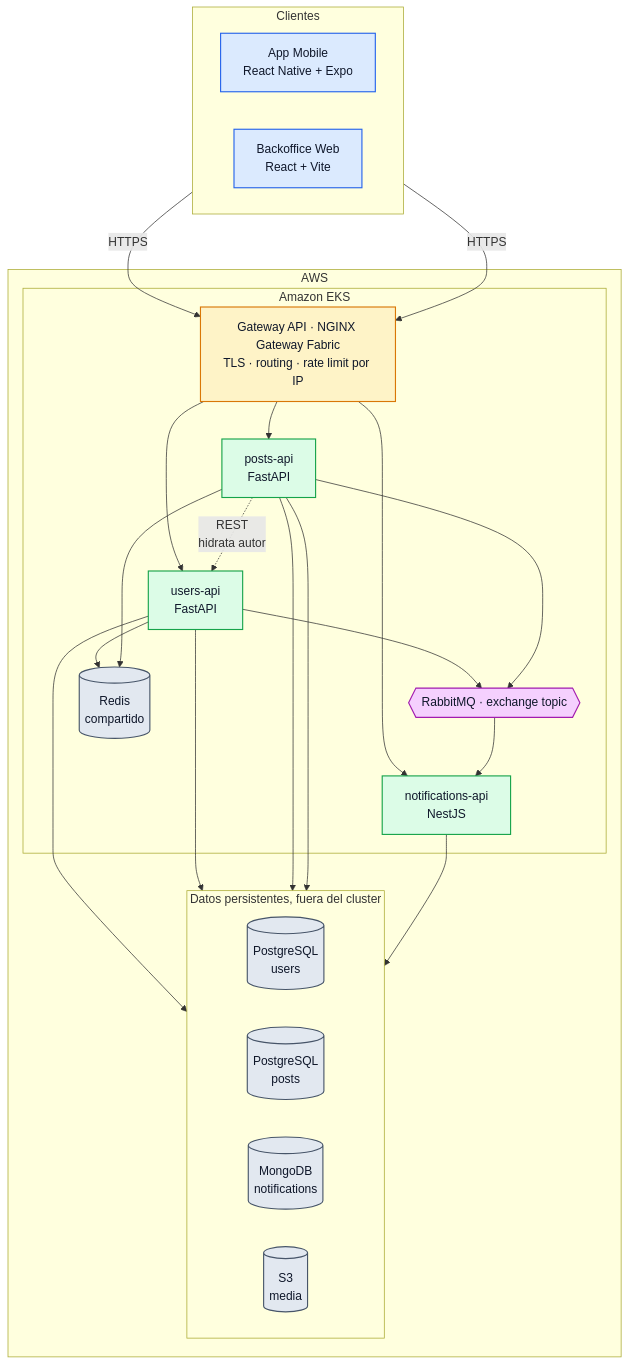
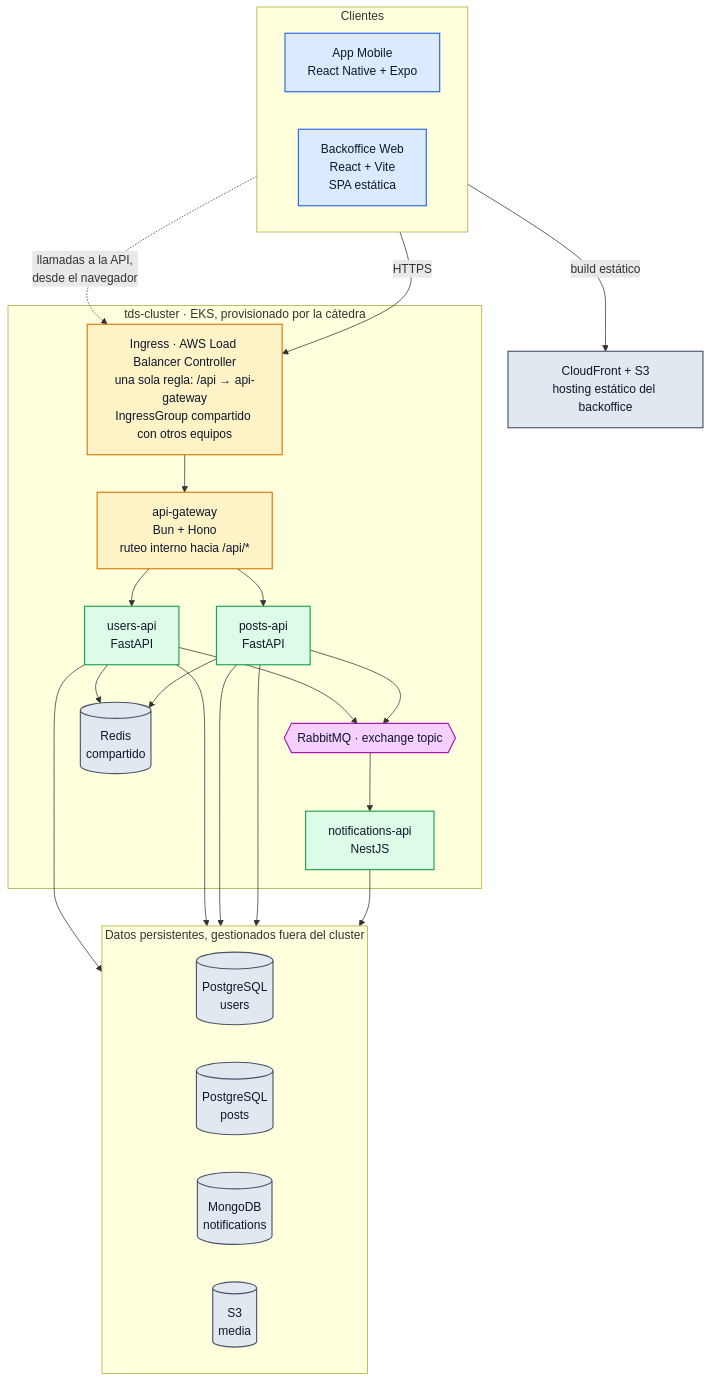
Before and after one commit to tds-g3-2s2026/udesa-x-platform: the second of 7 diagrams in docs/ARQUITECTURA.md, drawn with Mermaid. The commit also changed other lines of this file, not shown here.

Commit message:
docs: corregir ARQUITECTURA.md contra el cluster compartido, ECR y sumar paginación por cursor

````diff
--- a/docs/ARQUITECTURA.md
+++ b/docs/ARQUITECTURA.md
@@ -174,51 +181,52 @@
 ```mermaid
 flowchart TB
     subgraph clientes["Clientes"]
         direction LR
         MOB["App Mobile<br/>React Native + Expo"]
-        BO["Backoffice Web<br/>React + Vite"]
+        BO["Backoffice Web<br/>React + Vite<br/>SPA estática"]
     end
-    subgraph aws["AWS"]
-        subgraph eks["Amazon EKS"]
-            ING["Gateway API · NGINX Gateway Fabric<br/>TLS · routing · rate limit por IP"]
-            USR["users-api<br/>FastAPI"]
-            PST["posts-api<br/>FastAPI"]
-            NTF["notifications-api<br/>NestJS"]
-            MQ{{"RabbitMQ · exchange topic"}}
-            RED[("Redis<br/>compartido")]
-        end
-        subgraph datos["Datos persistentes, fuera del cluster"]
-            direction LR
-            PGU[("PostgreSQL<br/>users")]
-            PGP[("PostgreSQL<br/>posts")]
-            MDB[("MongoDB<br/>notifications")]
-            OBJ[("S3<br/>media")]
-        end
+    CDN["CloudFront + S3<br/>hosting estático del backoffice"]
+    subgraph cluster["tds-cluster · EKS, provisionado por la cátedra"]
+        ING["Ingress · AWS Load Balancer Controller<br/>una sola regla: /api → api-gateway<br/>IngressGroup compartido con otros equipos"]
+        GW["api-gateway<br/>Bun + Hono<br/>ruteo interno hacia /api/*"]
+        USR["users-api<br/>FastAPI"]
+        PST["posts-api<br/>FastAPI"]
+        NTF["notifications-api<br/>NestJS"]
+        MQ{{"RabbitMQ · exchange topic"}}
+        RED[("Redis<br/>compartido")]
     end
+    subgraph datos["Datos persistentes, gestionados fuera del cluster"]
+        direction LR
+        PGU[("PostgreSQL<br/>users")]
+        PGP[("PostgreSQL<br/>posts")]
+        MDB[("MongoDB<br/>notifications")]
+        OBJ[("S3<br/>media")]
+    end
+    BO -->|"build estático"| CDN
+    BO -.->|"llamadas a la API,<br/>desde el navegador"| ING
     MOB -->|HTTPS| ING
-    BO -->|HTTPS| ING
-    ING --> USR
-    ING --> PST
-    ING --> NTF
-    PST -.->|"REST<br/>hidrata autor"| USR
+    ING --> GW
+    GW --> USR
+    GW --> PST
     USR --> MQ
     PST --> MQ
     MQ --> NTF
     USR --> PGU
     USR --> RED
     USR --> OBJ
     PST --> PGP
     PST --> RED
     PST --> OBJ
     NTF --> MDB
     classDef cliente fill:#dbeafe,stroke:#2563eb,stroke-width:1.5px,color:#0f172a
     classDef borde fill:#fef3c7,stroke:#d97706,stroke-width:1.5px,color:#0f172a
     classDef svc fill:#dcfce7,stroke:#16a34a,stroke-width:1.5px,color:#0f172a
     classDef bus fill:#f5d0fe,stroke:#a21caf,stroke-width:1.5px,color:#0f172a
     classDef store fill:#e2e8f0,stroke:#475569,stroke-width:1.5px,color:#0f172a
     class MOB,BO cliente
-    class ING borde
+    class ING,GW borde
     class USR,PST,NTF svc
     class MQ bus
     class PGU,PGP,RED,MDB,OBJ store
+    class CDN store
 ```
````
